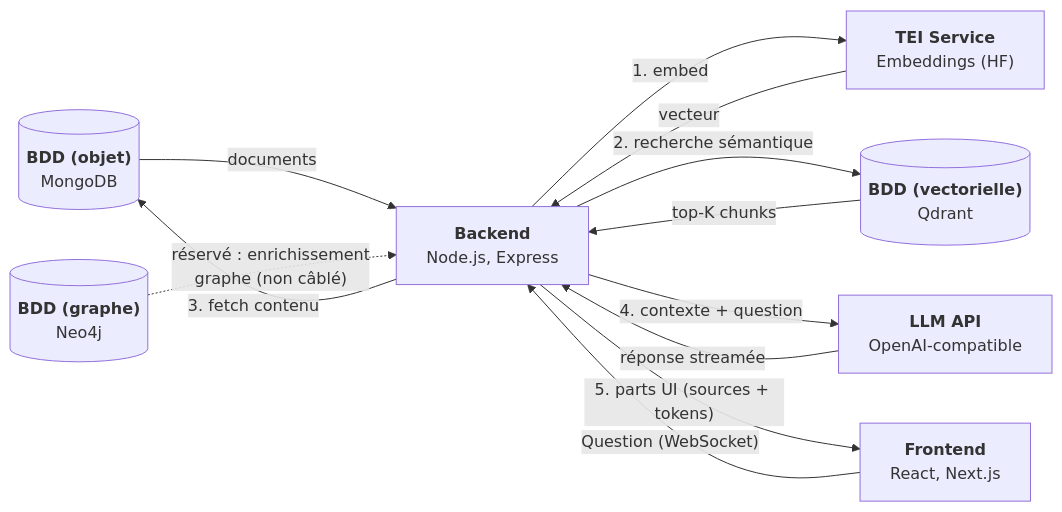
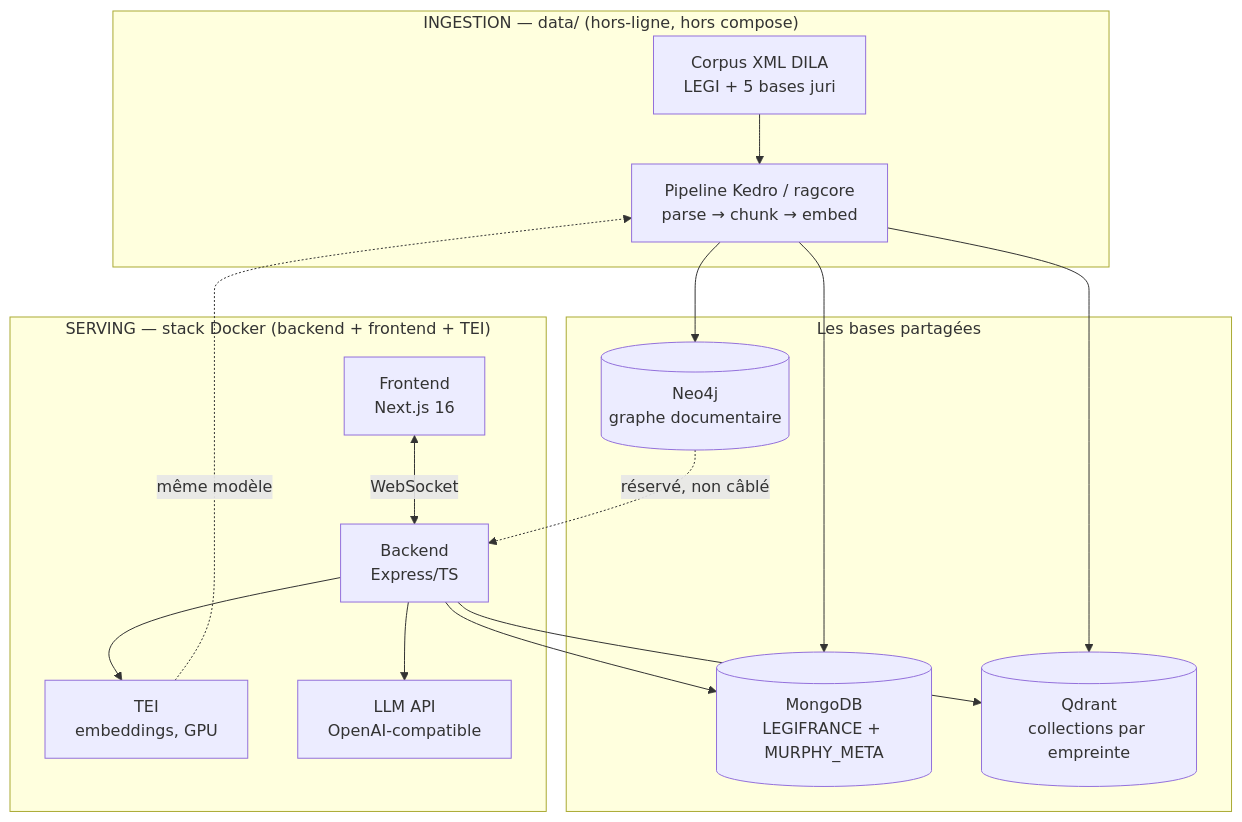
One commit to nmoutou/murphy changed the diagram in docs/technical/ARCHITECTURE.md. Above: the diagram before and after it, drawn with Mermaid. The commit also changed other lines of this file and 8 other files, not shown here.

````diff
--- a/docs/technical/ARCHITECTURE.md
+++ b/docs/technical/ARCHITECTURE.md
@@ -5,24 +18,23 @@
 ```mermaid
-flowchart LR
+flowchart TB
+    subgraph ingestion ["INGESTION — data/ (hors-ligne, hors compose)"]
+        XML[Corpus XML DILA<br>LEGI + 5 bases juri] --> Kedro[Pipeline Kedro / ragcore<br>parse → chunk → embed]
+    end
 
-MongoDB@{ shape: cyl, label: "<b>BDD (objet)</b><br>MongoDB" }
-Neo4j@{ shape: cyl, label: "<b>BDD (graphe)</b><br>Neo4j" }
-Qdrant@{ shape: cyl, label: "<b>BDD (vectorielle)</b><br>Qdrant" }
-Back@{ shape: rect, label: "<b>Backend</b><br>Node.js, Express" }
-Front@{ shape: rect, label: "<b>Frontend</b><br>React, Next.js" }
-TEI@{ shape: rect, label: "<b>TEI Service</b><br>Embeddings (HF)" }
-LLM@{ shape: rect, label: "<b>LLM API</b><br>OpenAI-compatible" }
+    subgraph stores ["Les bases partagées"]
+        Mongo[(MongoDB<br>LEGIFRANCE + MURPHY_META)]
+        Qdrant[(Qdrant<br>collections par empreinte)]
+        Neo4j[(Neo4j<br>graphe documentaire)]
+    end
 
-Front-- Question (WebSocket) -->Back
-Back-- 1. embed -->TEI
-TEI-- vecteur -->Back
-Back-- 2. recherche sémantique -->Qdrant
-Qdrant-- top-K chunks -->Back
-Back-- 3. fetch contenu -->MongoDB
-MongoDB-- documents -->Back
-Back-- 4. contexte + question -->LLM
-LLM-- réponse streamée -->Back
-Back-- 5. parts UI (sources + tokens) -->Front
+    subgraph serving ["SERVING — stack Docker (backend + frontend + TEI)"]
+        Front[Frontend<br>Next.js 16] <-- WebSocket --> Back[Backend<br>Express/TS]
+        Back --> TEI[TEI<br>embeddings, GPU]
+        Back --> LLM[LLM API<br>OpenAI-compatible]
+    end
 
-Neo4j-. réservé : enrichissement<br/>graphe (non câblé) .->Back
+    Kedro --> Mongo & Qdrant & Neo4j
+    TEI -.->|même modèle| Kedro
+    Back --> Mongo & Qdrant
+    Neo4j -.->|réservé, non câblé| Back
 ```
````
